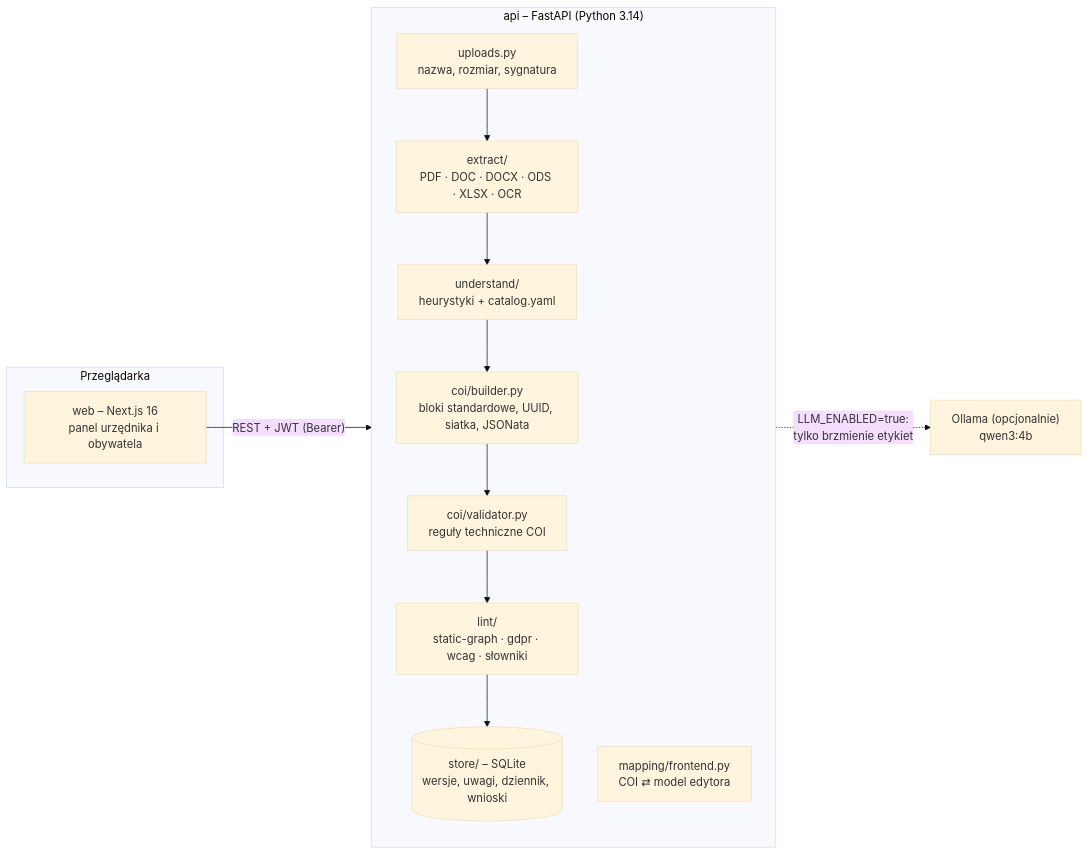
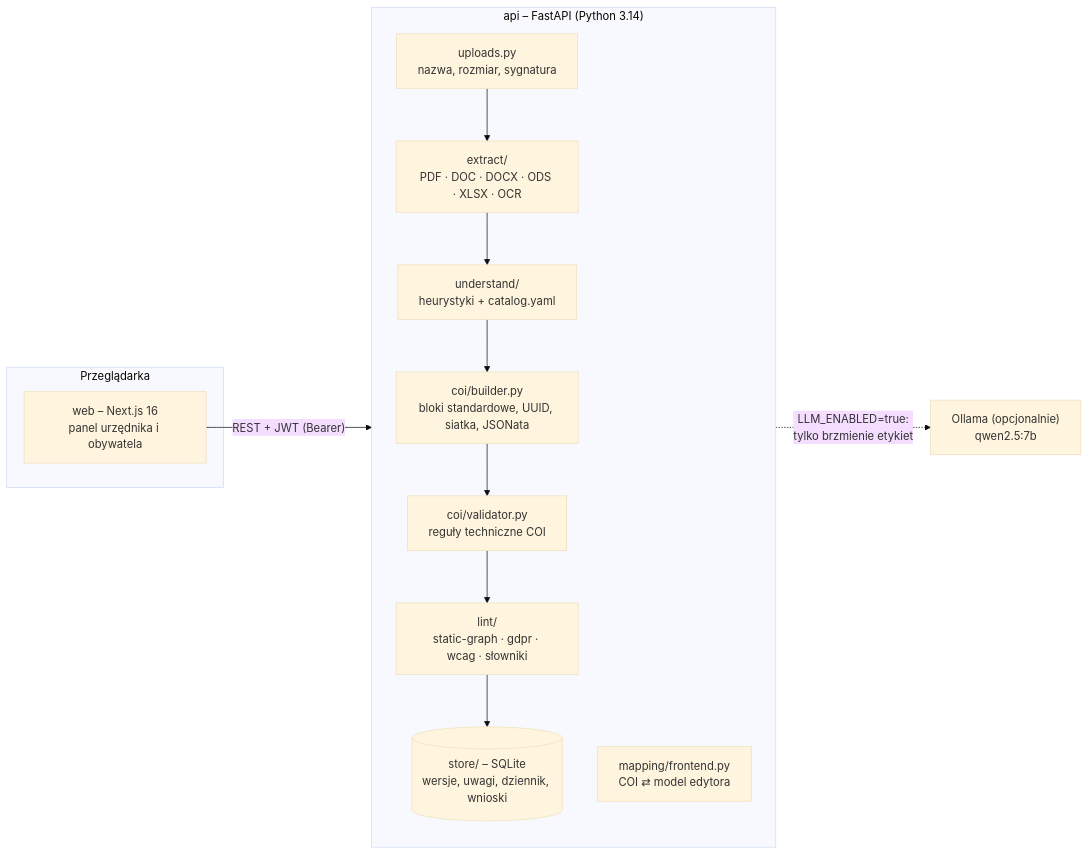
Before and after one commit to SilentN0rth/HackNation2026: the first of 2 diagrams in docs/ARCHITEKTURA.md, drawn with Mermaid (base theme).

Commit message:
docs(docs): align the Ollama model name with the default

````diff
--- a/docs/ARCHITEKTURA.md
+++ b/docs/ARCHITEKTURA.md
@@ -8,19 +8,19 @@
 ```mermaid
 flowchart LR
     subgraph Przeglądarka
         W["web – Next.js 16<br/>panel urzędnika i obywatela"]
     end
     subgraph API["api – FastAPI (Python 3.14)"]
         direction TB
         U["uploads.py<br/>nazwa, rozmiar, sygnatura"] --> E["extract/<br/>PDF · DOC · DOCX · ODS · XLSX · OCR"]
         E --> N["understand/<br/>heurystyki + catalog.yaml"]
         N --> B["coi/builder.py<br/>bloki standardowe, UUID, siatka, JSONata"]
         B --> V["coi/validator.py<br/>reguły techniczne COI"]
         V --> L["lint/<br/>static-graph · gdpr · wcag · słowniki"]
         L --> S[("store/ – SQLite<br/>wersje, uwagi, dziennik, wnioski")]
         M["mapping/frontend.py<br/>COI ⇄ model edytora"]
     end
-    O["Ollama (opcjonalnie)<br/>qwen3:4b"]
+    O["Ollama (opcjonalnie)<br/>qwen2.5:7b"]
     W -- "REST + JWT (Bearer)" --> API
     N -. "LLM_ENABLED=true:<br/>tylko brzmienie etykiet" .-> O
 ```
````
